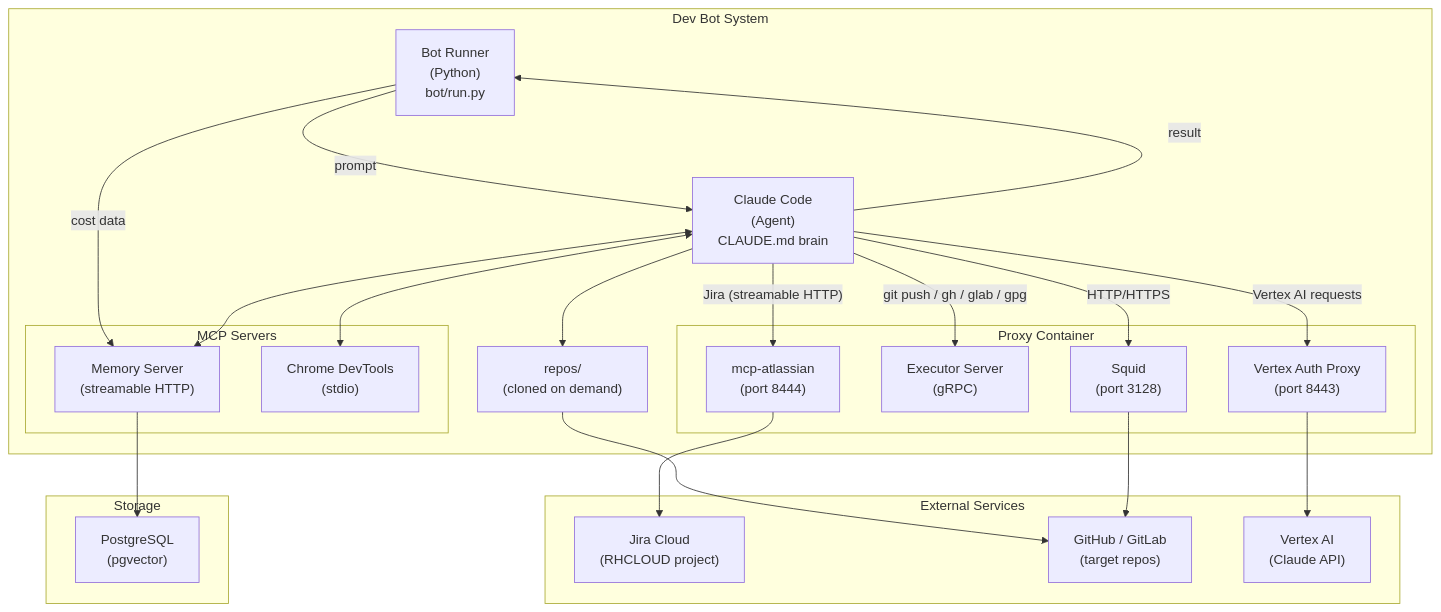
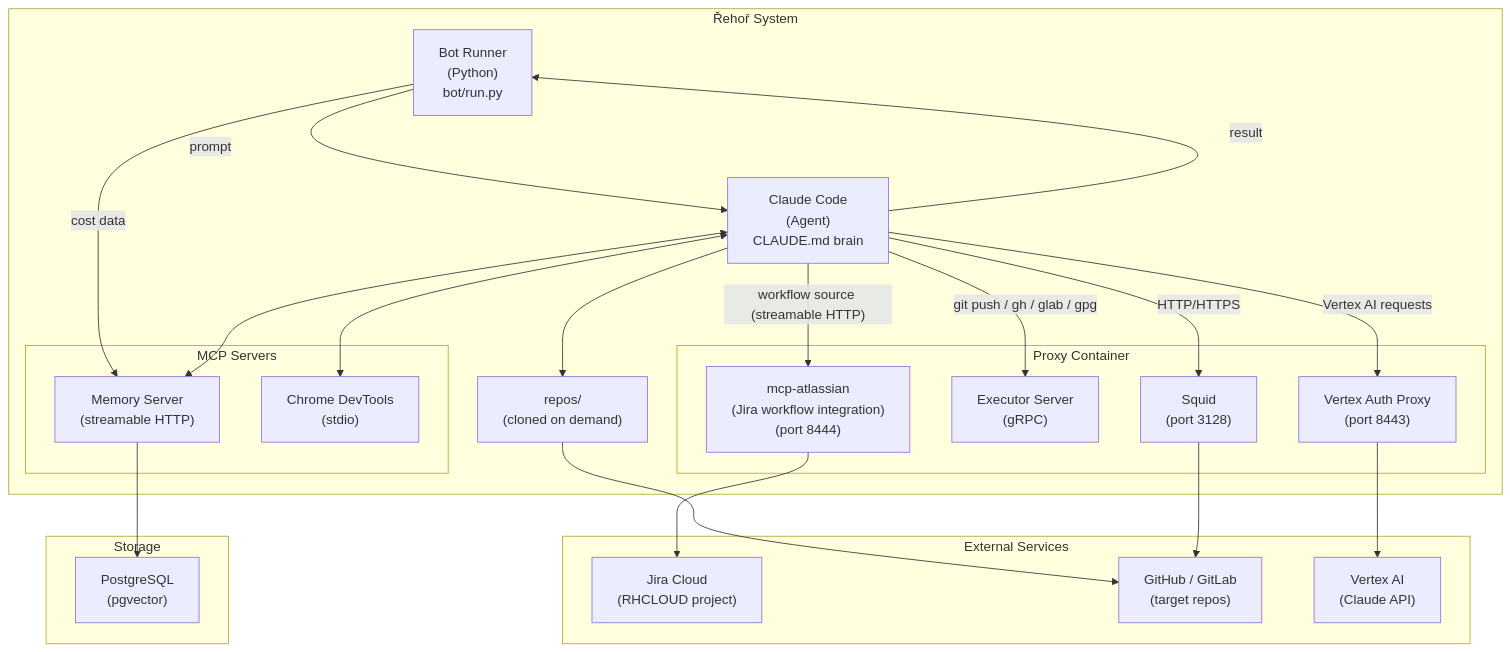
One commit to OpenShift-Fleet/rehor changed the first of 8 diagrams in ARCHITECTURE.md. Above: the diagram before and after it, drawn with Mermaid. The commit also changed other lines of this file and 17 other files, not shown here.

````diff
--- a/ARCHITECTURE.md
+++ b/ARCHITECTURE.md
@@ -7,46 +9,46 @@
 ```mermaid
 graph TB
     subgraph External["External Services"]
         Jira["Jira Cloud<br/>(RHCLOUD project)"]
         GHGL["GitHub / GitLab<br/>(target repos)"]
         Vertex["Vertex AI<br/>(Claude API)"]
     end
 
-    subgraph System["Dev Bot System"]
+    subgraph System["Řehoř System"]
         Runner["Bot Runner<br/>(Python)<br/>bot/run.py"]
         Agent["Claude Code<br/>(Agent)<br/>CLAUDE.md brain"]
         Repos["repos/<br/>(cloned on demand)"]
 
         subgraph MCP["MCP Servers"]
             MemMCP["Memory Server<br/>(streamable HTTP)"]
             Chrome["Chrome DevTools<br/>(stdio)"]
         end
 
         subgraph Proxy["Proxy Container"]
             Squid["Squid<br/>(port 3128)"]
             Executor["Executor Server<br/>(gRPC)"]
             VertexProxy["Vertex Auth Proxy<br/>(port 8443)"]
-            JiraMCP["mcp-atlassian<br/>(port 8444)"]
+            JiraMCP["mcp-atlassian<br/>(Jira workflow integration)<br/>(port 8444)"]
         end
     end
 
     subgraph Storage["Storage"]
         PG["PostgreSQL<br/>(pgvector)"]
     end
 
     Runner -- "prompt" --> Agent
     Agent -- "result" --> Runner
     Runner -- "cost data" --> MemMCP
     Agent <--> MemMCP
     Agent <--> Chrome
-    Agent -- "Jira (streamable HTTP)" --> JiraMCP
+    Agent -- "workflow source (streamable HTTP)" --> JiraMCP
     Agent -- "git push / gh / glab / gpg" --> Executor
     Agent -- "Vertex AI requests" --> VertexProxy
     Agent -- "HTTP/HTTPS" --> Squid
     Agent --> Repos
     Repos --> GHGL
     JiraMCP --> Jira
     MemMCP --> PG
     Squid --> GHGL
     VertexProxy --> Vertex
 ```
````
